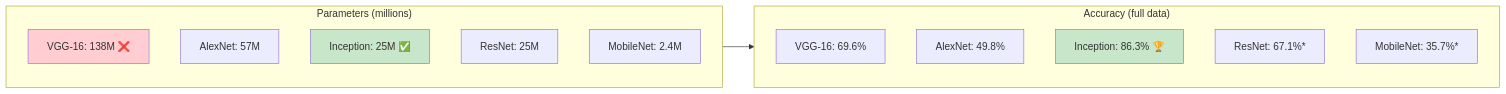
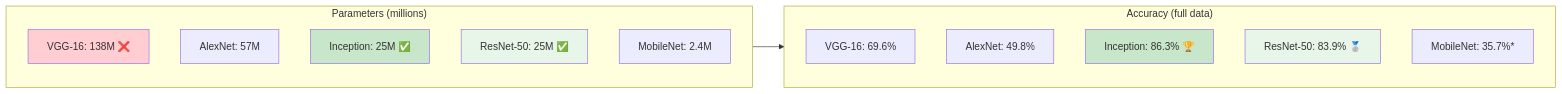
Before and after one commit to hadarwayn/L41-Which-dog-are-you-: diagram 22 of 31 in README.md, drawn with Mermaid. The commit also changed other lines of this file, not shown here.

First line of the commit message:
docs(readme): Update with ResNet-50 full results — 83.9% accuracy

````diff
--- a/README.md
+++ b/README.md
@@ -516,26 +518,28 @@
 ```mermaid
 flowchart LR
     subgraph Size["Parameters (millions)"]
         direction TB
         S1["VGG-16: 138M ❌"]
         S2["AlexNet: 57M"]
         S3["Inception: 25M ✅"]
-        S4["ResNet: 25M"]
+        S4["ResNet-50: 25M ✅"]
         S5["MobileNet: 2.4M"]
     end
 
     subgraph Acc["Accuracy (full data)"]
         direction TB
         A1["VGG-16: 69.6%"]
         A2["AlexNet: 49.8%"]
         A3["Inception: 86.3% 🏆"]
-        A4["ResNet: 67.1%*"]
+        A4["ResNet-50: 83.9% 🥈"]
         A5["MobileNet: 35.7%*"]
     end
 
     Size --> Acc
 
     style S1 fill:#ffcdd2
     style A3 fill:#c8e6c9
+    style A4 fill:#e8f5e9
     style S3 fill:#c8e6c9
+    style S4 fill:#e8f5e9
 ```
````
